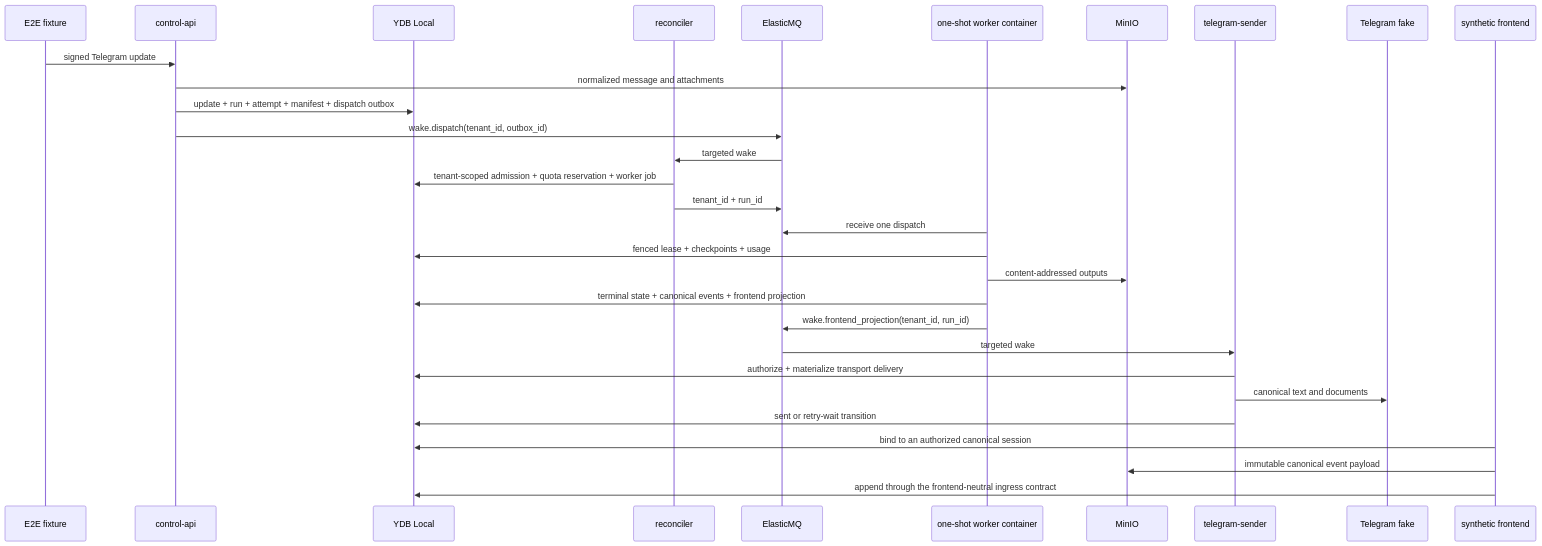
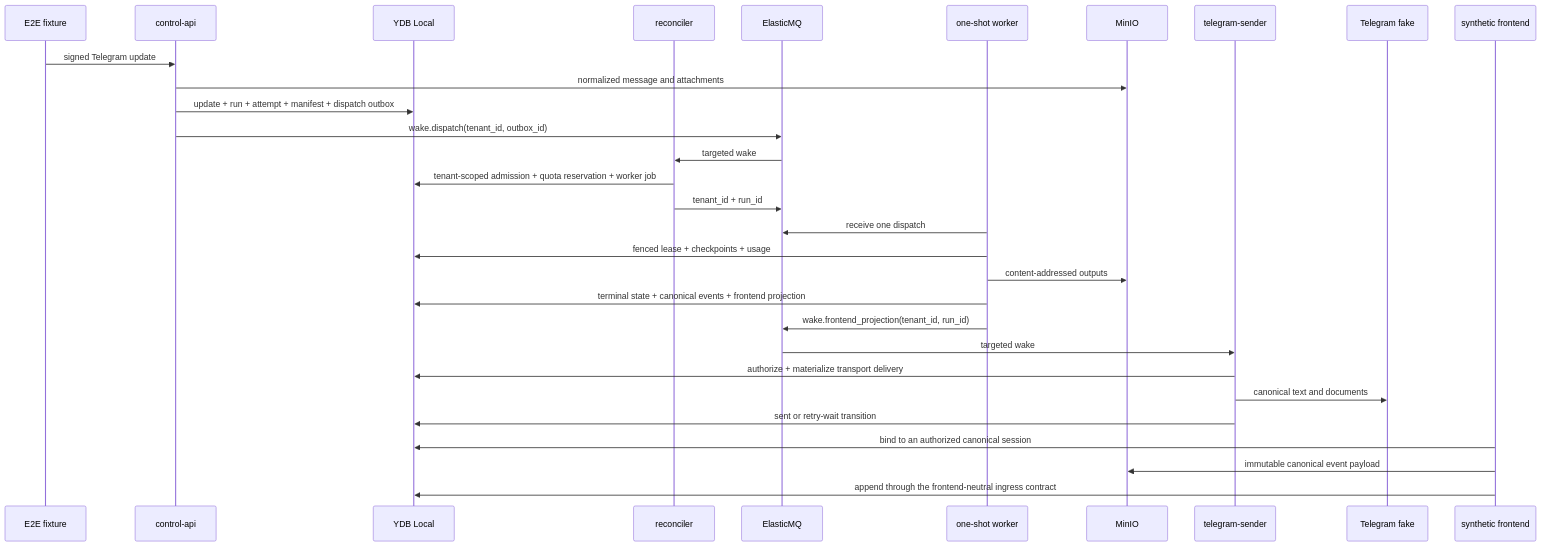
One commit to urandon/sessionless changed the diagram in docs/local-e2e.md. Above: the diagram before and after it, drawn with Mermaid. The commit also changed other lines of this file and 11 other files, not shown here.

````diff
--- a/docs/local-e2e.md
+++ b/docs/local-e2e.md
@@ -9,33 +11,33 @@
 ```mermaid
 sequenceDiagram
     participant Fixture as E2E fixture
     participant API as control-api
     participant DB as YDB Local
     participant Scheduler as reconciler
     participant Queue as ElasticMQ
-    participant Worker as one-shot worker container
+    participant Worker as one-shot worker
     participant Blob as MinIO
     participant Sender as telegram-sender
     participant Telegram as Telegram fake
     participant Synthetic as synthetic frontend
 
     Fixture->>API: signed Telegram update
     API->>Blob: normalized message and attachments
     API->>DB: update + run + attempt + manifest + dispatch outbox
     API->>Queue: wake.dispatch(tenant_id, outbox_id)
     Queue->>Scheduler: targeted wake
     Scheduler->>DB: tenant-scoped admission + quota reservation + worker job
     Scheduler->>Queue: tenant_id + run_id
     Worker->>Queue: receive one dispatch
     Worker->>DB: fenced lease + checkpoints + usage
     Worker->>Blob: content-addressed outputs
     Worker->>DB: terminal state + canonical events + frontend projection
     Worker->>Queue: wake.frontend_projection(tenant_id, run_id)
     Queue->>Sender: targeted wake
     Sender->>DB: authorize + materialize transport delivery
     Sender->>Telegram: canonical text and documents
     Sender->>DB: sent or retry-wait transition
     Synthetic->>DB: bind to an authorized canonical session
     Synthetic->>Blob: immutable canonical event payload
     Synthetic->>DB: append through the frontend-neutral ingress contract
 ```
````
